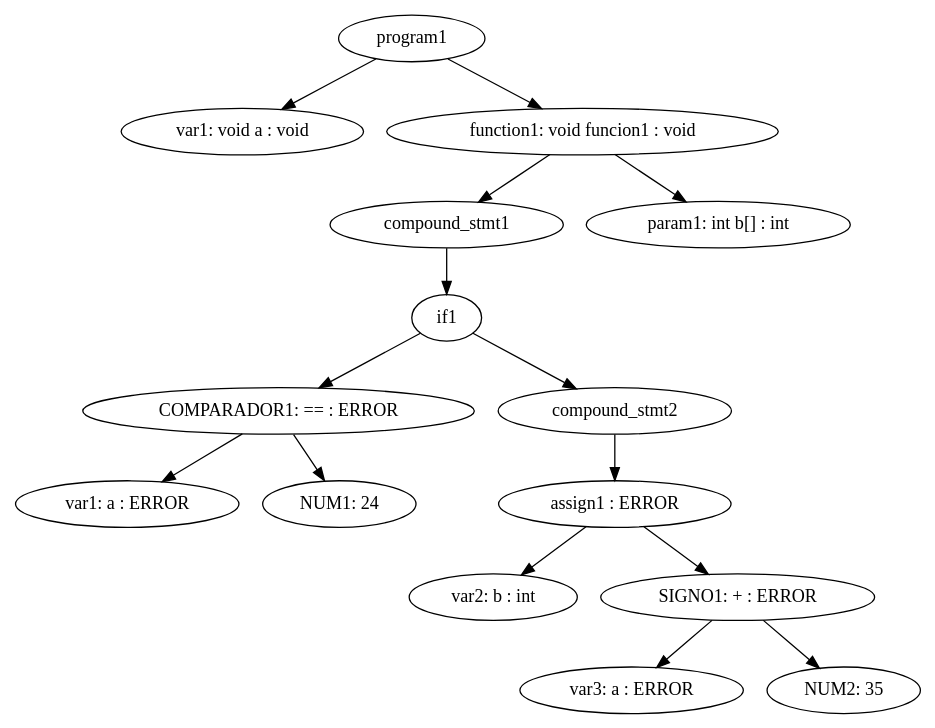
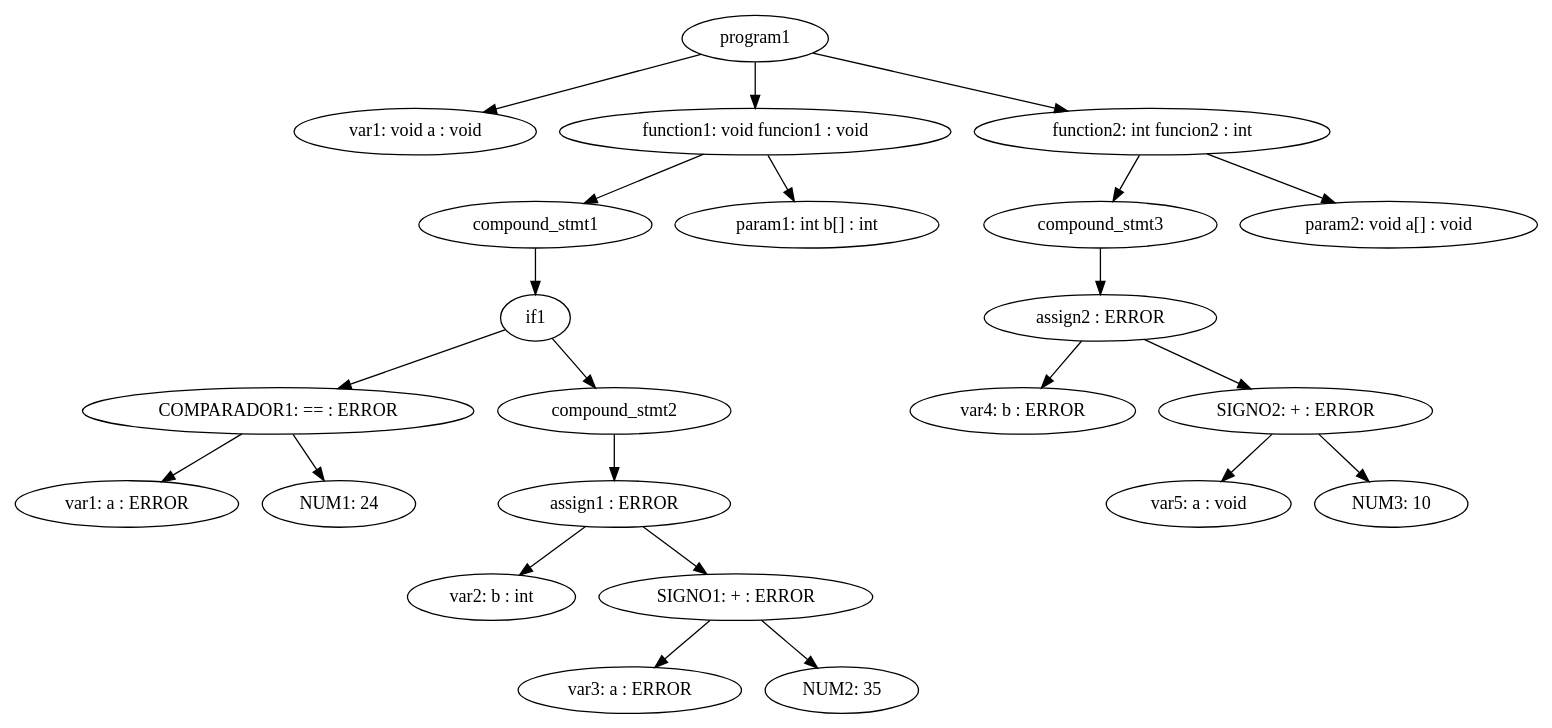
The diagram in semantic_examples/out5.dot (PabloFB18/taller-compiladores), drawn with Graphviz before and after one commit. The commit also changed 3 other files, not shown here.

```diff
--- a/semantic_examples/out5.dot
+++ b/semantic_examples/out5.dot
@@ -1,16 +1,24 @@
 digraph G {
 	"program1" -> "var1: void a : void"
 	"program1" -> "function1: void funcion1 : void"
 	"function1: void funcion1 : void" -> "compound_stmt1"
 	"compound_stmt1" -> "if1"
 	"if1" -> "COMPARADOR1: == : ERROR"
 	"COMPARADOR1: == : ERROR" -> "var1: a : ERROR"
 	"COMPARADOR1: == : ERROR" -> "NUM1: 24"
 	"if1" -> "compound_stmt2"
 	"compound_stmt2" -> "assign1 : ERROR"
 	"assign1 : ERROR" -> "var2: b : int"
 	"assign1 : ERROR" -> "SIGNO1: + : ERROR"
 	"SIGNO1: + : ERROR" -> "var3: a : ERROR"
 	"SIGNO1: + : ERROR" -> "NUM2: 35"
 	"function1: void funcion1 : void" -> "param1: int b[] : int"
+	"program1" -> "function2: int funcion2 : int"
+	"function2: int funcion2 : int" -> "compound_stmt3"
+	"compound_stmt3" -> "assign2 : ERROR"
+	"assign2 : ERROR" -> "var4: b : ERROR"
+	"assign2 : ERROR" -> "SIGNO2: + : ERROR"
+	"SIGNO2: + : ERROR" -> "var5: a : void"
+	"SIGNO2: + : ERROR" -> "NUM3: 10"
+	"function2: int funcion2 : int" -> "param2: void a[] : void"
 }
```
